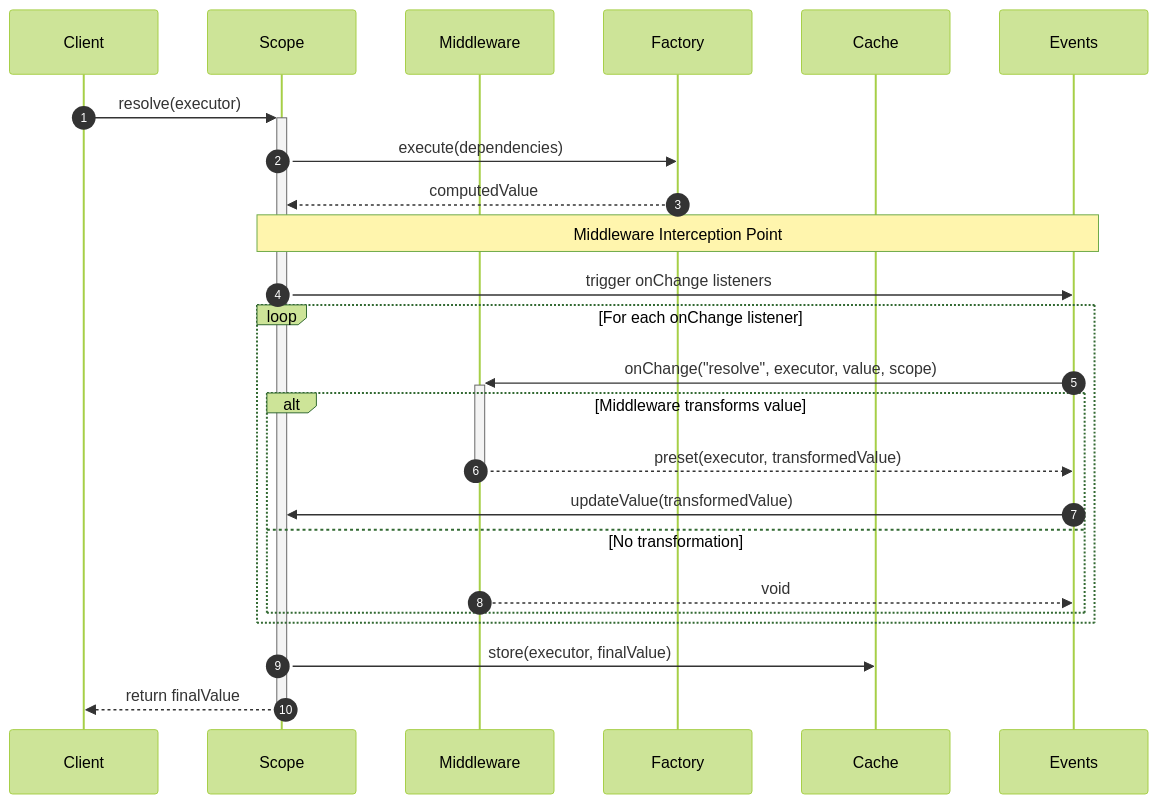
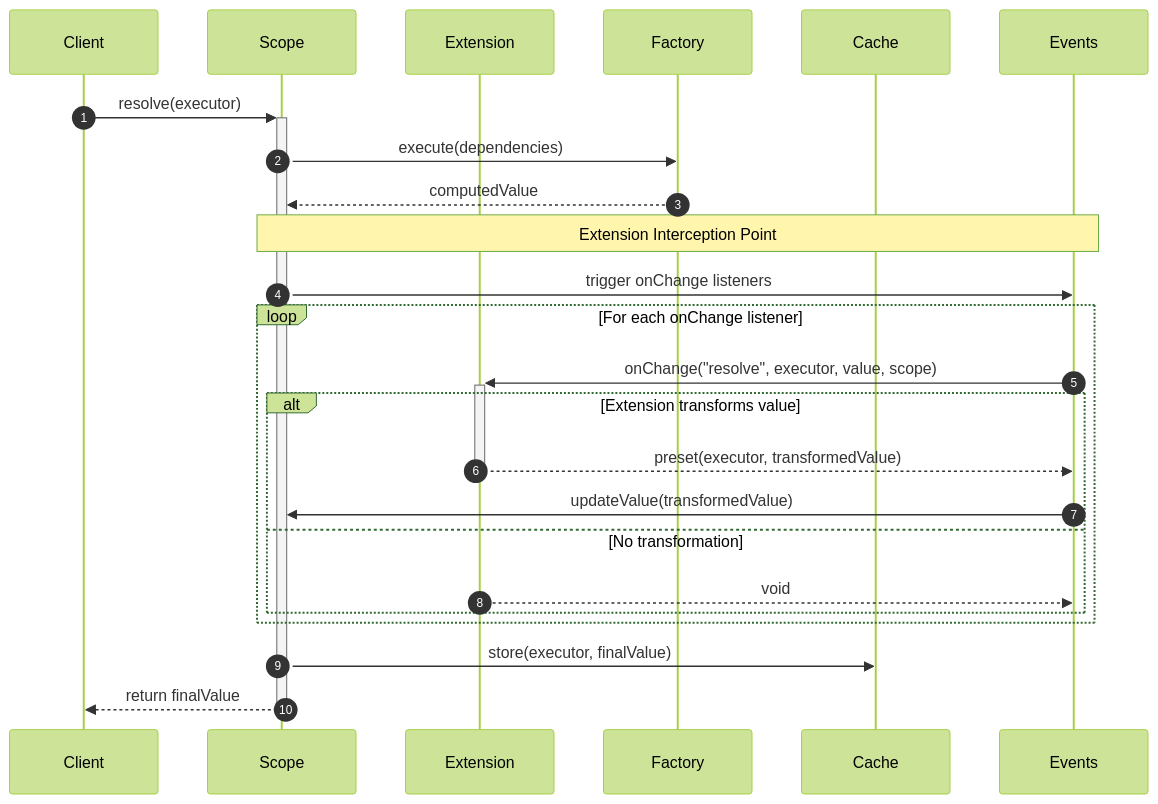
Before and after one commit to pumped-fn/pumped-go: the eighth of 10 diagrams in docs/how-does-it-work.md, drawn with Mermaid (forest theme). The commit also changed other lines of this file and 48 other files, not shown here.

First line of the commit message:
feat: changed plugin to extension, unified the API for both scope and plugin

````diff
--- a/docs/how-does-it-work.md
+++ b/docs/how-does-it-work.md
@@ -407,32 +455,32 @@
 ```mermaid
 sequenceDiagram
     autonumber
     participant Client
     participant Scope
-    participant Middleware
+    participant Extension
     participant Factory
     participant Cache
     participant Events
-    
+
     Client->>+Scope: resolve(executor)
     Scope->>Factory: execute(dependencies)
     Factory-->>Scope: computedValue
-    
-    Note over Scope,Events: Middleware Interception Point
-    
+
+    Note over Scope,Events: Extension Interception Point
+
     Scope->>Events: trigger onChange listeners
-    
+
     loop For each onChange listener
-        Events->>+Middleware: onChange("resolve", executor, value, scope)
-        
-        alt Middleware transforms value
-            Middleware-->>-Events: preset(executor, transformedValue)
+        Events->>+Extension: onChange("resolve", executor, value, scope)
+
+        alt Extension transforms value
+            Extension-->>-Events: preset(executor, transformedValue)
             Events->>Scope: updateValue(transformedValue)
         else No transformation
-            Middleware-->>Events: void
+            Extension-->>Events: void
         end
     end
     
     Scope->>Cache: store(executor, finalValue)
     Scope-->>-Client: return finalValue
 ```
````
